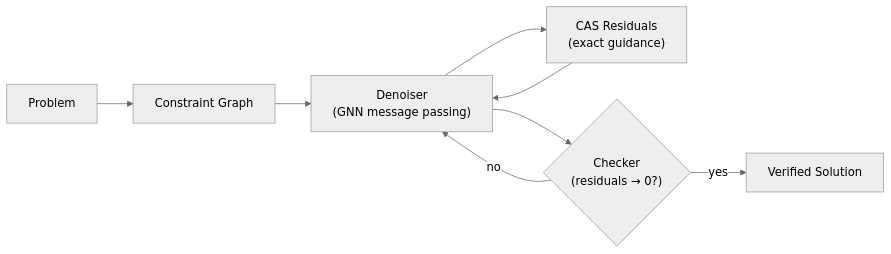
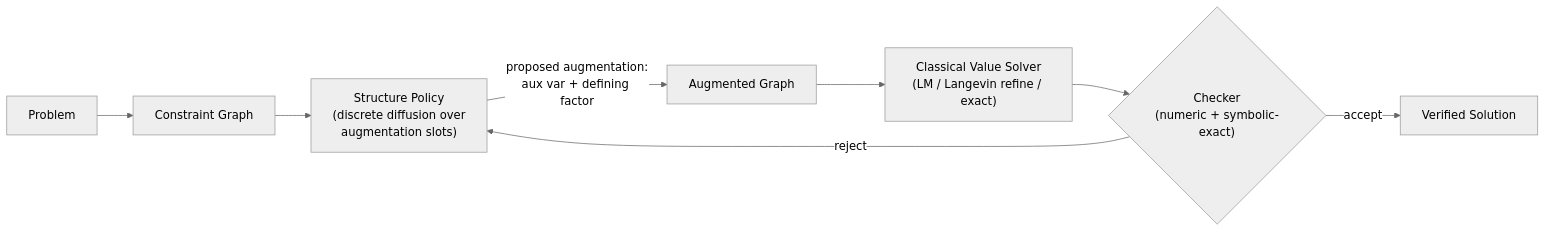
One commit to saidlaboratory/MARC changed the diagram in README.md. Above: the diagram before and after it, drawn with Mermaid (neutral theme). The commit also changed other lines of this file and 3 other files, not shown here.

````diff
--- a/README.md
+++ b/README.md
@@ -46,10 +76,10 @@
 ```mermaid
 flowchart LR
     P["Problem"] --> G["Constraint Graph"]
-    G --> D["Denoiser\n(GNN message passing)"]
-    D --> CAS["CAS Residuals\n(exact guidance)"]
-    CAS --> D
-    D --> C{"Checker\n(residuals → 0?)"}
-    C -->|no| D
-    C -->|yes| S["Verified Solution"]
+    G --> S["Structure Policy\n(discrete diffusion over\naugmentation slots)"]
+    S -->|"proposed augmentation:\naux var + defining factor"| A["Augmented Graph"]
+    A --> V["Classical Value Solver\n(LM / Langevin refine / exact)"]
+    V --> C{"Checker\n(numeric + symbolic-exact)"}
+    C -->|reject| S
+    C -->|accept| OK["Verified Solution"]
 ```
````
